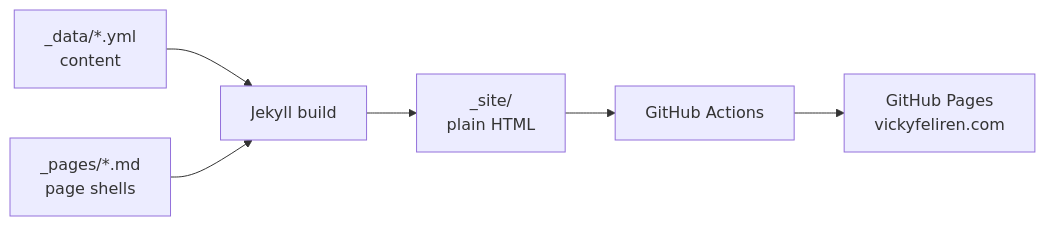
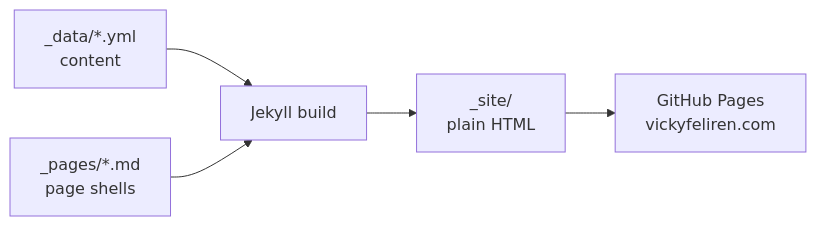
Before and after one commit to Feliren88/feliren88.github.io: the first of 4 diagrams in README.md, drawn with Mermaid. The commit also changed other lines of this file and 1 other file, not shown here.

````diff
--- a/README.md
+++ b/README.md
@@ -13,8 +13,7 @@
 ```mermaid
 flowchart LR
     A["_data/*.yml<br/>content"] --> C
     B["_pages/*.md<br/>page shells"] --> C
     C["Jekyll build"] --> D["_site/<br/>plain HTML"]
-    D --> E["GitHub Actions"]
-    E --> F["GitHub Pages<br/>vickyfeliren.com"]
+    D --> F["GitHub Pages<br/>vickyfeliren.com"]
 ```
````
